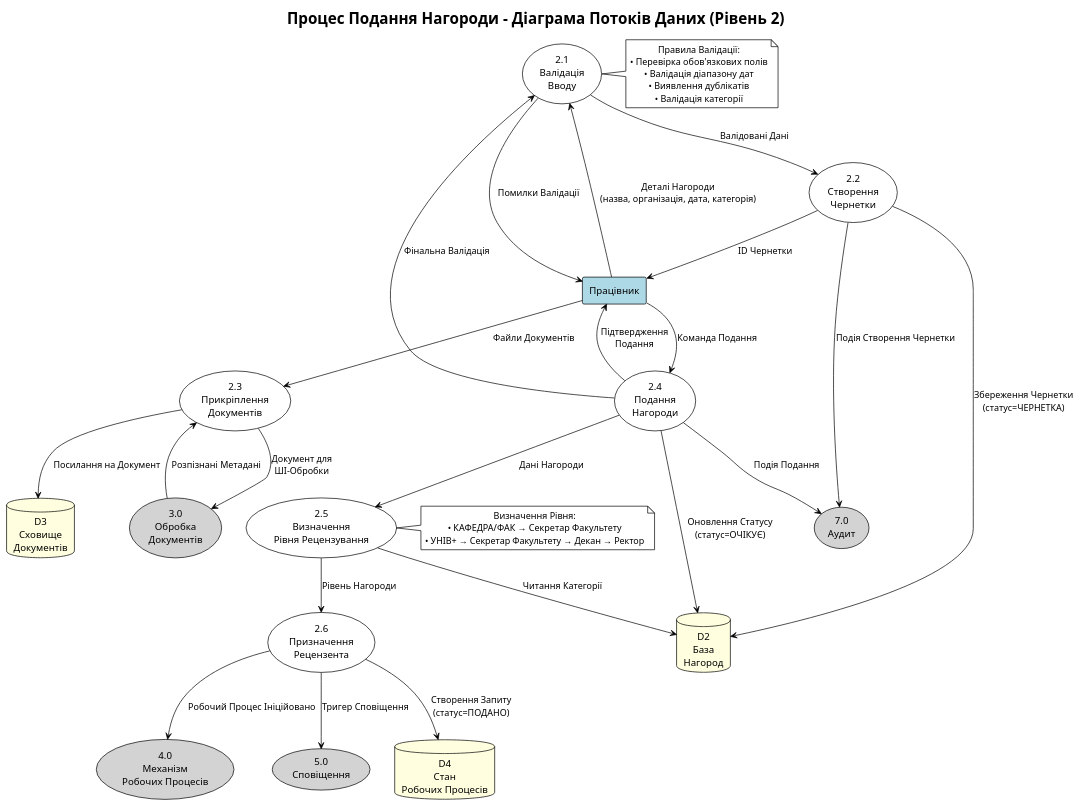
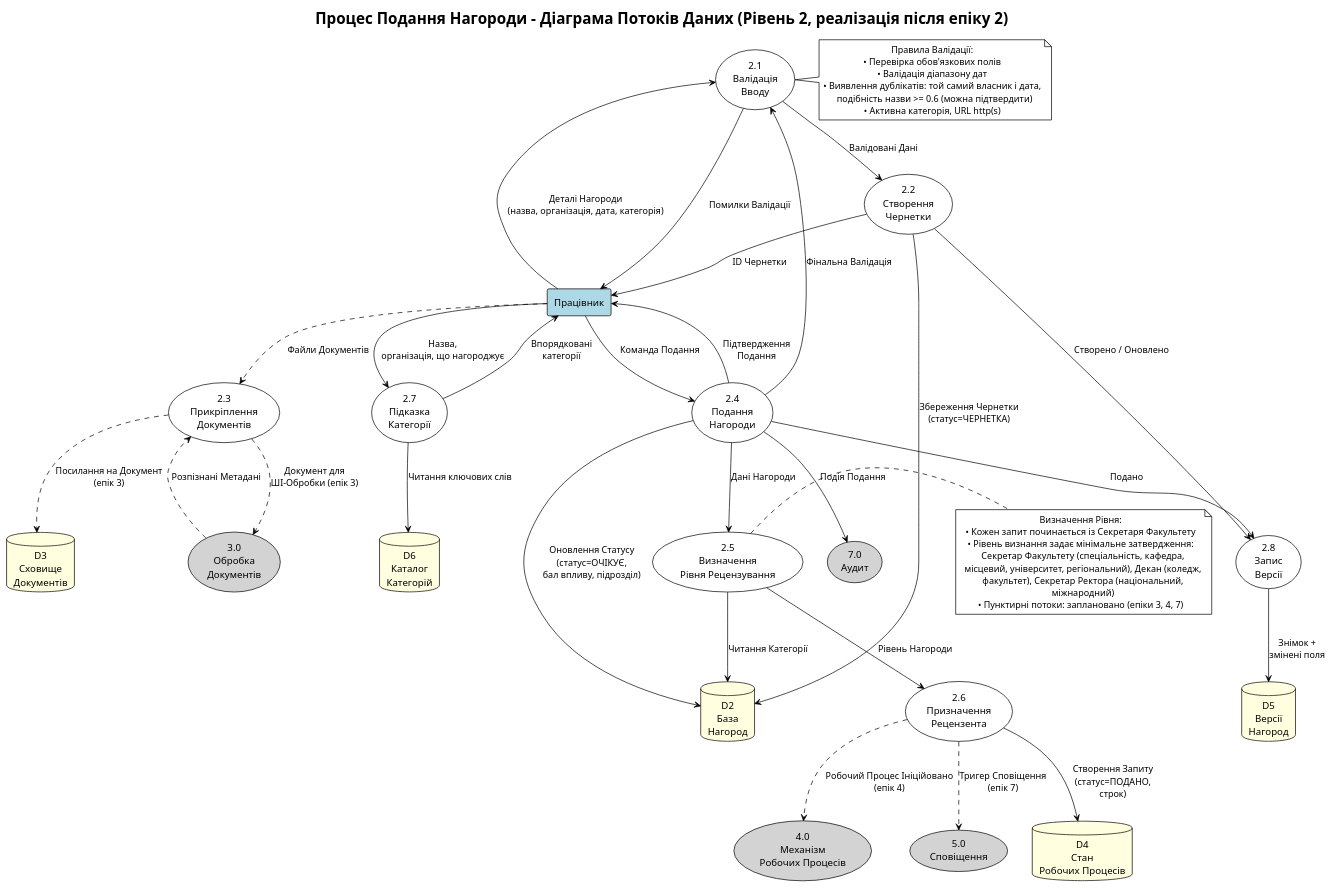
Before and after one commit to StKostyk/award-monitoring-system: the diagram in docs/ua/diagrams/data-flow/dfd-level2-award-submission.puml, drawn with PlantUML. The commit also changed 34 other files, not shown here.

```diff
--- a/docs/ua/diagrams/data-flow/dfd-level2-award-submission.puml
+++ b/docs/ua/diagrams/data-flow/dfd-level2-award-submission.puml
@@ -1,76 +1,92 @@
 @startuml DFD_Level2_Award_Submission_UA
 !theme plain
 skinparam defaultTextAlignment center
 
-title Процес Подання Нагороди - Діаграма Потоків Даних (Рівень 2)
+title Процес Подання Нагороди - Діаграма Потоків Даних (Рівень 2, реалізація після епіку 2)
 
 ' Зовнішня Сутність
 rectangle "Працівник" as employee #LightBlue
 
 ' Підпроцеси Подання Нагороди (2.0)
 usecase "2.1\nВалідація\nВводу" as P21 #White
 usecase "2.2\nСтворення\nЧернетки" as P22 #White
 usecase "2.3\nПрикріплення\nДокументів" as P23 #White
 usecase "2.4\nПодання\nНагороди" as P24 #White
 usecase "2.5\nВизначення\nРівня Рецензування" as P25 #White
 usecase "2.6\nПризначення\nРецензента" as P26 #White
+usecase "2.7\nПідказка\nКатегорії" as P27 #White
+usecase "2.8\nЗапис\nВерсії" as P28 #White
 
 ' Пов'язані Процеси
 usecase "3.0\nОбробка\nДокументів" as P3 #LightGray
 usecase "4.0\nМеханізм\nРобочих Процесів" as P4 #LightGray
 usecase "5.0\nСповіщення" as P5 #LightGray
 usecase "7.0\nАудит" as P7 #LightGray
 
 ' Сховища Даних
 database "D2\nБаза\nНагород" as D2 #LightYellow
 database "D3\nСховище\nДокументів" as D3 #LightYellow
 database "D4\nСтан\nРобочих Процесів" as D4 #LightYellow
+database "D5\nВерсії\nНагород" as D5 #LightYellow
+database "D6\nКаталог\nКатегорій" as D6 #LightYellow
 
 ' Потоки Працівника
 employee --> P21 : Деталі Нагороди\n(назва, організація, дата, категорія)
 P22 --> employee : ID Чернетки
 P24 --> employee : Підтвердження\nПодання
 
 ' Внутрішні Потоки Процесів
 P21 --> P22 : Валідовані Дані
 P21 --> employee : Помилки Валідації
 
 P22 --> D2 : Збереження Чернетки\n(статус=ЧЕРНЕТКА)
-P22 --> P7 : Подія Створення Чернетки
+P22 --> P28 : Створено / Оновлено
+P28 --> D5 : Знімок +\nзмінені поля
 
-P23 --> D3 : Посилання на Документ
-P23 --> P3 : Документ для\nШІ-Обробки
-P3 --> P23 : Розпізнані Метадані
+employee --> P27 : Назва,\nорганізація, що нагороджує
+P27 --> D6 : Читання ключових слів
+P27 --> employee : Впорядковані\nкатегорії
 
-employee --> P23 : Файли Документів
+P23 ..> D3 : Посилання на Документ\n(епік 3)
+P23 ..> P3 : Документ для\nШІ-Обробки (епік 3)
+P3 ..> P23 : Розпізнані Метадані
+
+employee ..> P23 : Файли Документів
 employee --> P24 : Команда Подання
 
 P24 --> P21 : Фінальна Валідація
-P24 --> D2 : Оновлення Статусу\n(статус=ОЧІКУЄ)
+P24 --> D2 : Оновлення Статусу\n(статус=ОЧІКУЄ,\nбал впливу, підрозділ)
+P24 --> P28 : Подано
 P24 --> P25 : Дані Нагороди
 
 P25 --> D2 : Читання Категорії
 P25 --> P26 : Рівень Нагороди
 
-P26 --> D4 : Створення Запиту\n(статус=ПОДАНО)
-P26 --> P4 : Робочий Процес Ініційовано
-P26 --> P5 : Тригер Сповіщення
+P26 --> D4 : Створення Запиту\n(статус=ПОДАНО,\nстрок)
+P26 ..> P4 : Робочий Процес Ініційовано\n(епік 4)
+P26 ..> P5 : Тригер Сповіщення\n(епік 7)
 
 P24 --> P7 : Подія Подання
 
 ' Примітки
 note right of P21
     Правила Валідації:
     • Перевірка обов'язкових полів
     • Валідація діапазону дат
-    • Виявлення дублікатів
-    • Валідація категорії
+    • Виявлення дублікатів: той самий власник і дата,
+      подібність назви >= 0.6 (можна підтвердити)
+    • Активна категорія, URL http(s)
 end note
 
 note right of P25
     Визначення Рівня:
-    • КАФЕДРА/ФАК → Секретар Факультету
-    • УНІВ+ → Секретар Факультету → Декан → Ректор
+    • Кожен запит починається із Секретаря Факультету
+    • Рівень визнання задає мінімальне затвердження:
+      Секретар Факультету (спеціальність, кафедра,
+      місцевий, університет, регіональний), Декан (коледж,
+      факультет), Секретар Ректора (національний,
+      міжнародний)
+    • Пунктирні потоки: заплановано (епіки 3, 4, 7)
 end note
 
 @enduml
```
